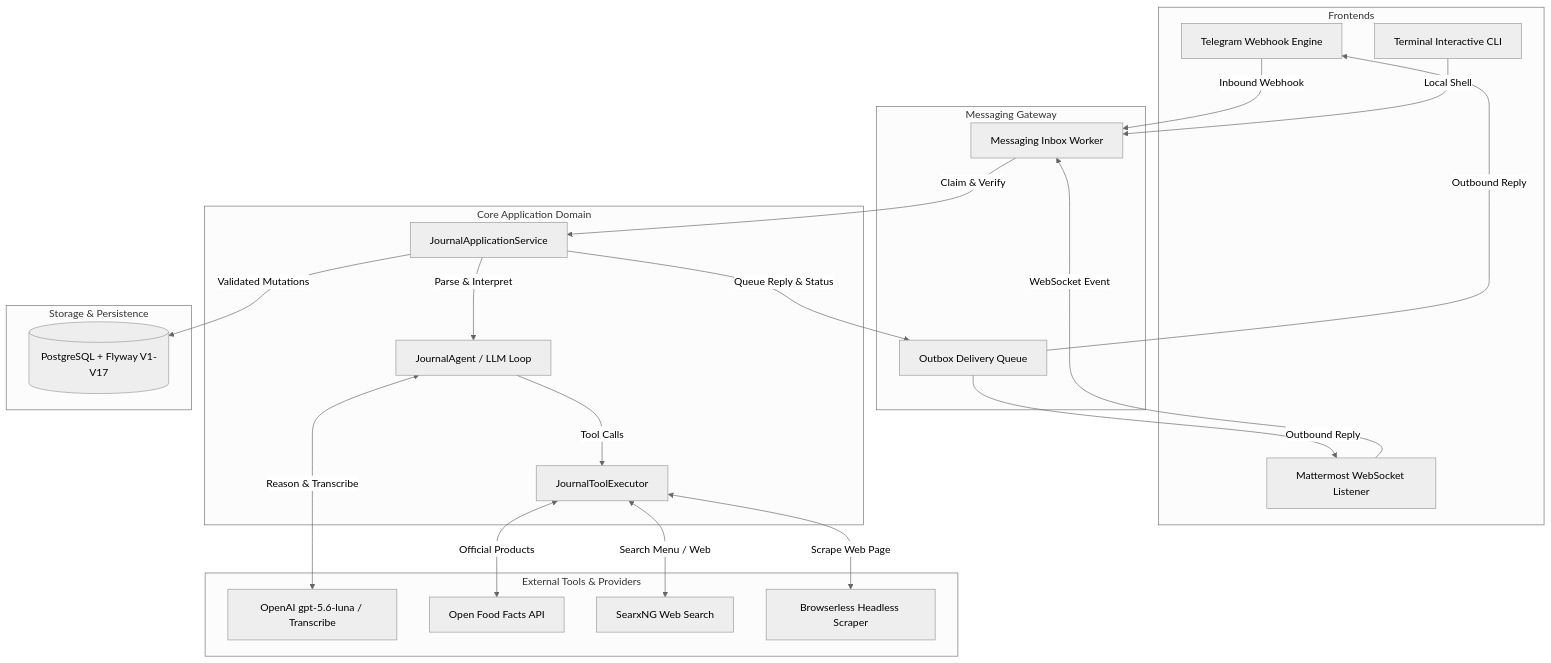
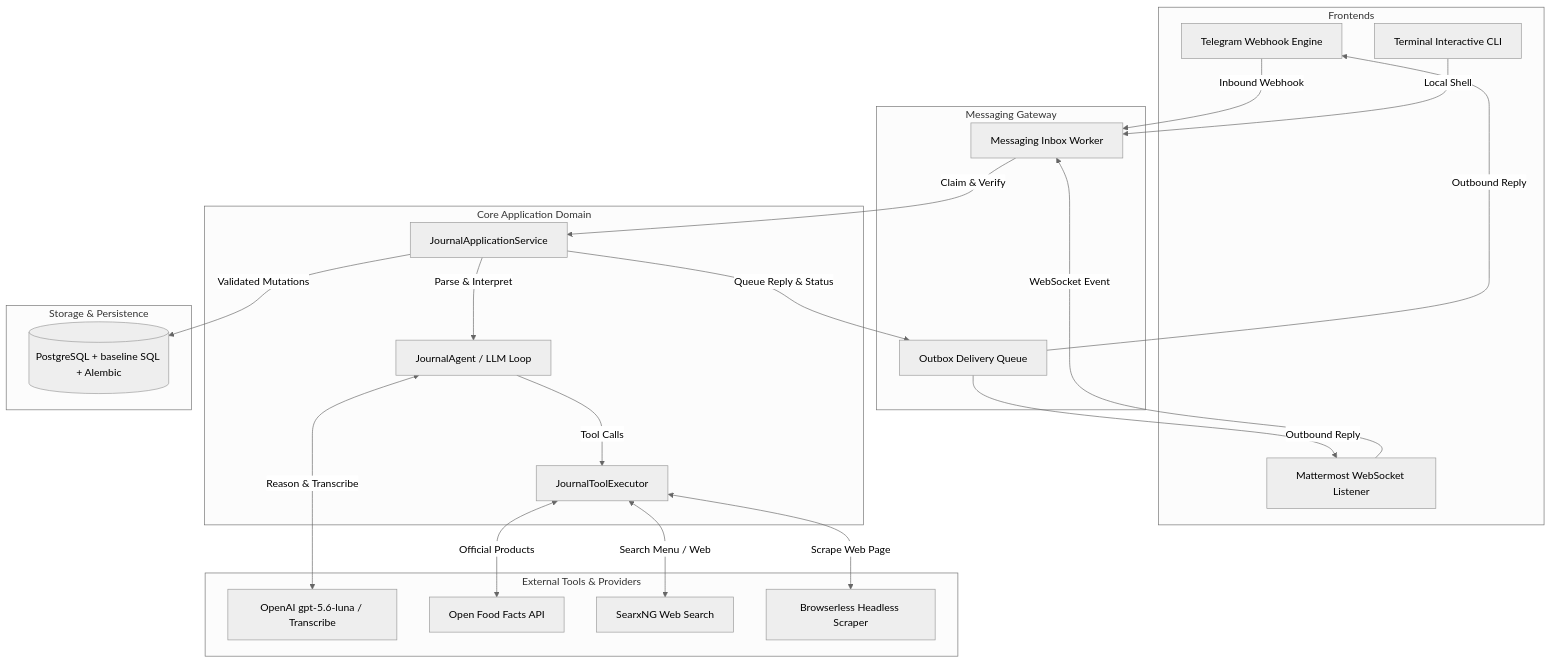
The diagram in docs/architecture.md (DurdeuVlad/calorie-intake-tracker-ai-bot), drawn with Mermaid (neutral theme) before and after one commit. The commit also changed other lines of this file and 222 other files, not shown here.

````diff
--- a/docs/architecture.md
+++ b/docs/architecture.md
@@ -5,49 +5,49 @@
 ```mermaid
 flowchart TD
     subgraph Frontends
         T[Telegram Webhook Engine]
         M[Mattermost WebSocket Listener]
         CLI[Terminal Interactive CLI]
     end
 
     subgraph Messaging Gateway
         I[Messaging Inbox Worker]
         OB[Outbox Delivery Queue]
     end
 
     subgraph Core Application Domain
         AS[JournalApplicationService]
         JA[JournalAgent / LLM Loop]
         JTE[JournalToolExecutor]
     end
 
     subgraph External Tools & Providers
         OAI[OpenAI gpt-5.6-luna / Transcribe]
         OFF[Open Food Facts API]
         SX[SearxNG Web Search]
         BL[Browserless Headless Scraper]
     end
 
     subgraph Storage & Persistence
-        DB[(PostgreSQL + Flyway V1-V17)]
+        DB[(PostgreSQL + baseline SQL + Alembic)]
     end
 
     T -->|Inbound Webhook| I
     M -->|WebSocket Event| I
     CLI -->|Local Shell| I
 
     I -->|Claim & Verify| AS
     AS -->|Parse & Interpret| JA
     JA <-->|Reason & Transcribe| OAI
 
     JA -->|Tool Calls| JTE
     JTE <-->|Official Products| OFF
     JTE <-->|Search Menu / Web| SX
     JTE <-->|Scrape Web Page| BL
 
     AS -->|Validated Mutations| DB
     AS -->|Queue Reply & Status| OB
 
     OB -->|Outbound Reply| T
     OB -->|Outbound Reply| M
 ```
````
